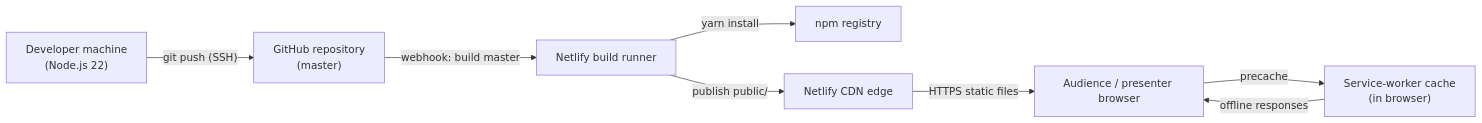
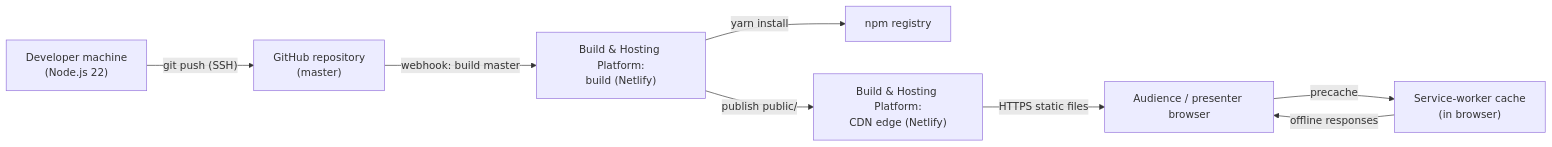
The diagram in .specify/architect/views/system/deployment.md (sshahar1/introduction-to-data-engineering), drawn with Mermaid before and after one commit. The commit also changed 2 other files, not shown here.

Commit message:
docs: consistent Netlify naming and fix npm arrow in Context diagram
- Use "Build & Hosting Platform (Netlify)" as the single role name in
  the Context and Deployment views (was three different names)
- Context diagram: the build platform fetches npm packages, not the
  deck itself

````diff
--- a/.specify/architect/views/system/deployment.md
+++ b/.specify/architect/views/system/deployment.md
@@ -26,18 +26,18 @@
 ```mermaid
 graph LR
     Dev["Developer machine<br/>(Node.js 22)"]
     GH["GitHub repository<br/>(master)"]
-    NB["Netlify build runner"]
+    NB["Build & Hosting Platform:<br/>build (Netlify)"]
     NPM["npm registry"]
-    CDN["Netlify CDN edge"]
+    CDN["Build & Hosting Platform:<br/>CDN edge (Netlify)"]
     BR["Audience / presenter browser"]
     SW["Service-worker cache<br/>(in browser)"]
 
     Dev -->|"git push (SSH)"| GH
     GH -->|"webhook: build master"| NB
     NB -->|"yarn install"| NPM
     NB -->|"publish public/"| CDN
     CDN -->|"HTTPS static files"| BR
     BR -->|"precache"| SW
     SW -->|"offline responses"| BR
 ```
````
